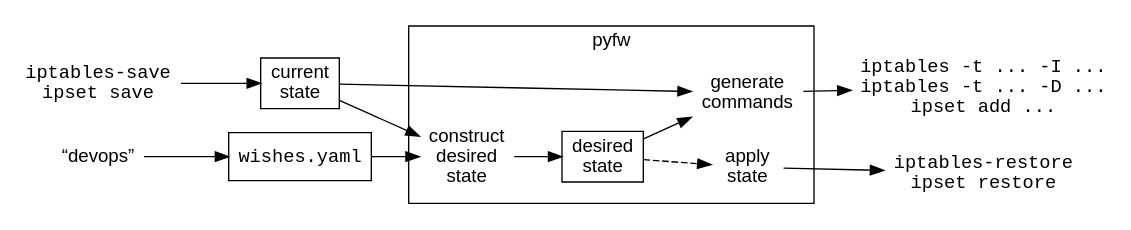
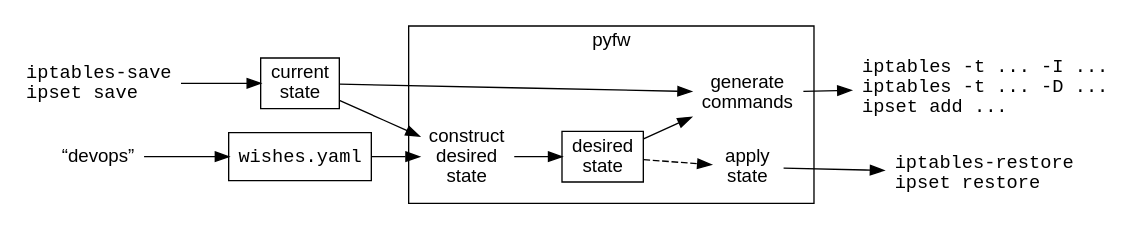
The diagram in doc/workflow-diagram/wd.dot (messa/pyfw), drawn with Graphviz before and after one commit. The commit also changed 1 other file, not shown here.

Commit message:
left-justify code labels in Workflow Diagram

```diff
--- a/doc/workflow-diagram/wd.dot
+++ b/doc/workflow-diagram/wd.dot
@@ -1,44 +1,44 @@
 digraph {
     rankdir=LR;
     fontname=Arial;
     node [fontname=Arial];
 
     subgraph cluster_PyFW {
         label="pyfw";
 
         construct_desired_state [shape=none,label="construct\ndesired\nstate"];
         generate_commands [shape=none,label="generate\ncommands"];
         apply_state [shape=none,label="apply\nstate"];
 
         desired_state [shape=box,label="desired\nstate"];
     }
 
-    iptables_save [shape=none,label="iptables-save\nipset save",fontname=monospace];
+    iptables_save [shape=none,label="iptables-save\lipset save\l",fontname=monospace];
     devops [shape=none,label="“devops”"];
 
-    iptables_insert [shape=none,label="iptables -t ... -I ...\niptables -t ... -D ...\nipset add ...",fontname=monospace];
-    iptables_restore [shape=none,label="iptables-restore\nipset restore",fontname=monospace];
+    iptables_insert [shape=none,label="iptables -t ... -I ...\liptables -t ... -D ...\lipset add ...\l",fontname=monospace];
+    iptables_restore [shape=none,label="iptables-restore\lipset restore\l",fontname=monospace];
 
     current_state [shape=box,label="current\nstate"];
     wishes [shape=box,label="wishes.yaml",fontname=monospace];
 
     iptables_save -> current_state;
 
     devops -> wishes;
 
     current_state -> construct_desired_state;
     wishes -> construct_desired_state;
 
     construct_desired_state -> desired_state;
 
     desired_state -> apply_state [style=dashed];
     apply_state -> iptables_restore;
 
     current_state -> generate_commands;
     desired_state -> generate_commands;
 
     generate_commands -> iptables_insert;
 
 
 
 }
```
